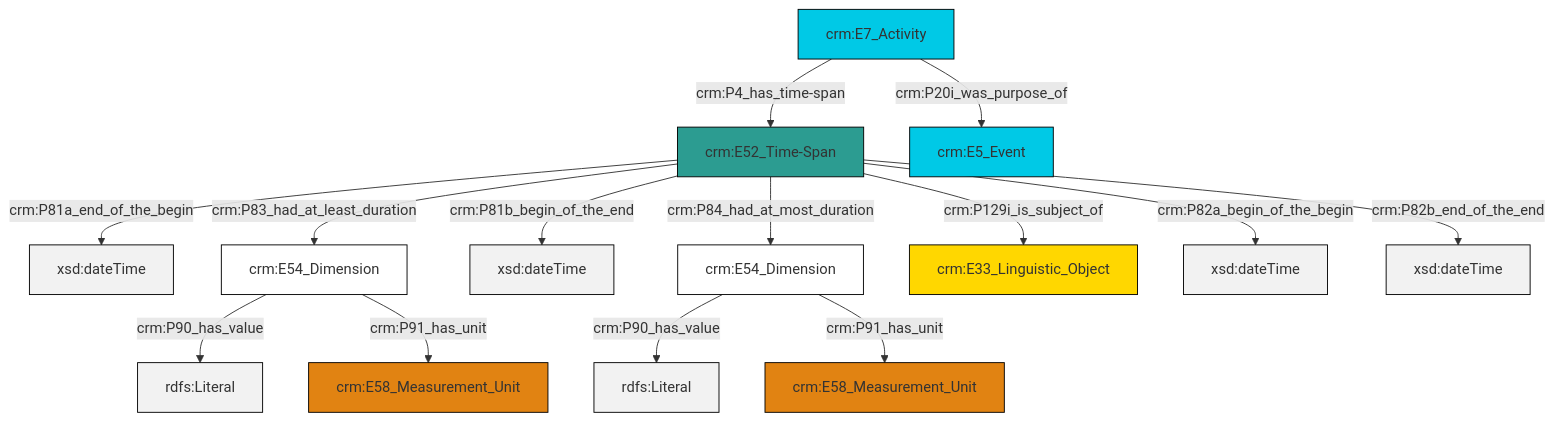
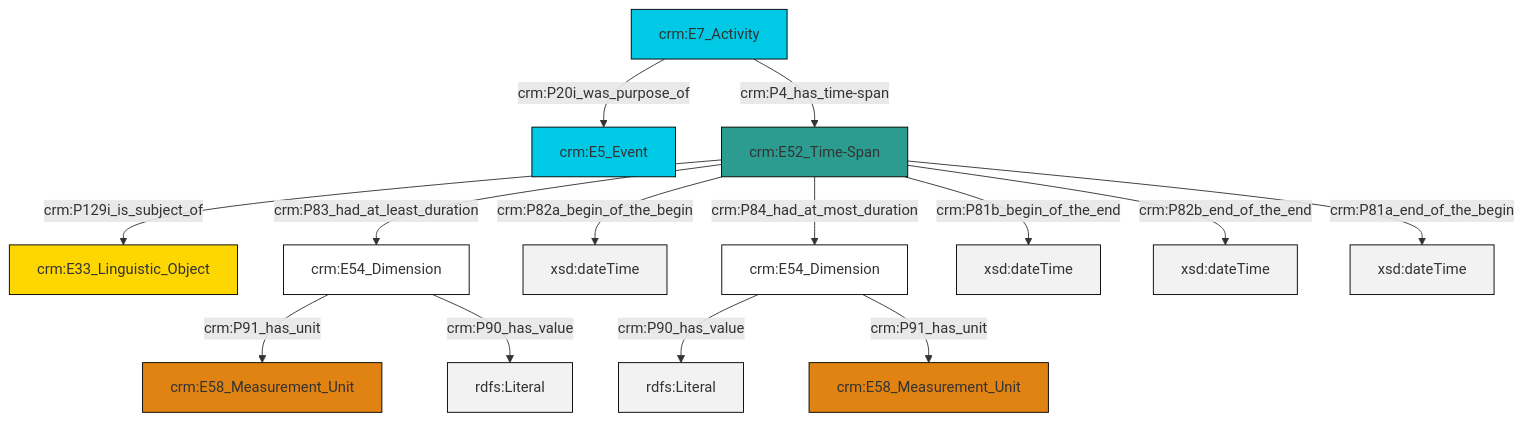
The diagram in et/eventCSV/ttl/mmd/event_existence.ttl.mmd (swiss-art-research-net/reference-data-models), drawn with Mermaid before and after one commit. The commit also changed 146 other files, not shown here.

```diff
--- a/et/eventCSV/ttl/mmd/event_existence.ttl.mmd
+++ b/et/eventCSV/ttl/mmd/event_existence.ttl.mmd
@@ -1,28 +1,28 @@
 graph TD
 classDef Literal fill:#f2f2f2,stroke:#000000;
 classDef CRM_Entity fill:#FFFFFF,stroke:#000000;
 classDef Temporal_Entity fill:#00C9E6, stroke:#000000;
 classDef Type fill:#E18312, stroke:#000000;
 classDef Time-Span fill:#2C9C91, stroke:#000000;
 classDef Appellation fill:#FFEB7F, stroke:#000000;
 classDef Place fill:#008836, stroke:#000000;
 classDef Persistent_Item fill:#B266B2, stroke:#000000;
 classDef Conceptual_Object fill:#FFD700, stroke:#000000;
 classDef Physical_Thing fill:#D2B48C, stroke:#000000;
 classDef Actor fill:#f58aad, stroke:#000000;
 classDef PC_Classes fill:#4ce600, stroke:#000000;
 classDef Multi fill:#cccccc,stroke:#000000;
 
-2["crm:E52_Time-Span"]:::Time-Span -->|crm:P81a_end_of_the_begin| 3[xsd:dateTime]:::Literal
-4["crm:E54_Dimension"]:::CRM_Entity -->|crm:P90_has_value| 5[rdfs:Literal]:::Literal
-2["crm:E52_Time-Span"]:::Time-Span -->|crm:P81b_begin_of_the_end| 6[xsd:dateTime]:::Literal
-2["crm:E52_Time-Span"]:::Time-Span -->|crm:P83_had_at_least_duration| 4["crm:E54_Dimension"]:::CRM_Entity
-13["crm:E54_Dimension"]:::CRM_Entity -->|crm:P90_has_value| 14[rdfs:Literal]:::Literal
-2["crm:E52_Time-Span"]:::Time-Span -->|crm:P129i_is_subject_of| 15["crm:E33_Linguistic_Object"]:::Conceptual_Object
-9["crm:E7_Activity"]:::Temporal_Entity -->|crm:P20i_was_purpose_of| 7["crm:E5_Event"]:::Temporal_Entity
-2["crm:E52_Time-Span"]:::Time-Span -->|crm:P84_had_at_most_duration| 13["crm:E54_Dimension"]:::CRM_Entity
-9["crm:E7_Activity"]:::Temporal_Entity -->|crm:P4_has_time-span| 2["crm:E52_Time-Span"]:::Time-Span
-4["crm:E54_Dimension"]:::CRM_Entity -->|crm:P91_has_unit| 0["crm:E58_Measurement_Unit"]:::Type
-2["crm:E52_Time-Span"]:::Time-Span -->|crm:P82a_begin_of_the_begin| 19[xsd:dateTime]:::Literal
-2["crm:E52_Time-Span"]:::Time-Span -->|crm:P82b_end_of_the_end| 21[xsd:dateTime]:::Literal
-13["crm:E54_Dimension"]:::CRM_Entity -->|crm:P91_has_unit| 11["crm:E58_Measurement_Unit"]:::Type
+2["crm:E7_Activity"]:::Temporal_Entity -->|crm:P20i_was_purpose_of| 4["crm:E5_Event"]:::Temporal_Entity
+2["crm:E7_Activity"]:::Temporal_Entity -->|crm:P4_has_time-span| 6["crm:E52_Time-Span"]:::Time-Span
+7["crm:E54_Dimension"]:::CRM_Entity -->|crm:P91_has_unit| 8["crm:E58_Measurement_Unit"]:::Type
+6["crm:E52_Time-Span"]:::Time-Span -->|crm:P83_had_at_least_duration| 7["crm:E54_Dimension"]:::CRM_Entity
+6["crm:E52_Time-Span"]:::Time-Span -->|crm:P82a_begin_of_the_begin| 10[xsd:dateTime]:::Literal
+6["crm:E52_Time-Span"]:::Time-Span -->|crm:P81b_begin_of_the_end| 15[xsd:dateTime]:::Literal
+11["crm:E54_Dimension"]:::CRM_Entity -->|crm:P90_has_value| 16[rdfs:Literal]:::Literal
+6["crm:E52_Time-Span"]:::Time-Span -->|crm:P82b_end_of_the_end| 18[xsd:dateTime]:::Literal
+6["crm:E52_Time-Span"]:::Time-Span -->|crm:P81a_end_of_the_begin| 19[xsd:dateTime]:::Literal
+7["crm:E54_Dimension"]:::CRM_Entity -->|crm:P90_has_value| 20[rdfs:Literal]:::Literal
+11["crm:E54_Dimension"]:::CRM_Entity -->|crm:P91_has_unit| 13["crm:E58_Measurement_Unit"]:::Type
+6["crm:E52_Time-Span"]:::Time-Span -->|crm:P84_had_at_most_duration| 11["crm:E54_Dimension"]:::CRM_Entity
+6["crm:E52_Time-Span"]:::Time-Span -->|crm:P129i_is_subject_of| 0["crm:E33_Linguistic_Object"]:::Conceptual_Object
```
